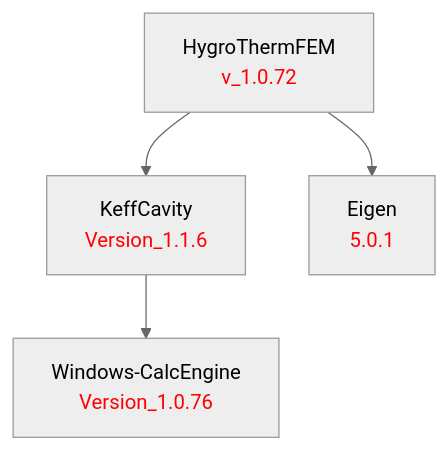
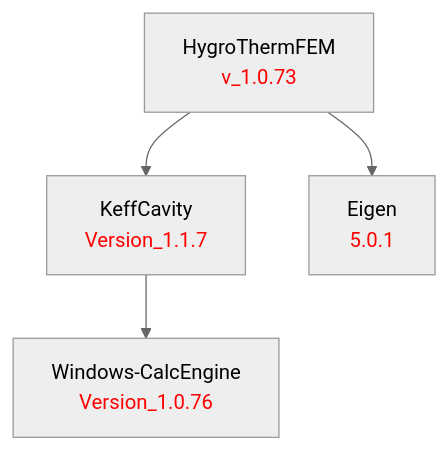
One commit to LBNL-ETA/HygroThermFEM changed the diagram in doc/HygroThermFEM.md. Above: the diagram before and after it, drawn with Mermaid (neutral theme). The commit also changed 1 other file, not shown here.

Commit message:
Bump to v_1.0.73; KeffCavity Version_1.1.7; refresh dep chart

````diff
--- a/doc/HygroThermFEM.md
+++ b/doc/HygroThermFEM.md
@@ -1,13 +1,13 @@
 ```mermaid
 graph TD
     %% Package definitions
-    HygroThermFEM[HygroThermFEM<br/><font color='red'>v_1.0.72</font>]
-    KeffCavity[KeffCavity<br/><font color='red'>Version_1.1.6</font>]
+    HygroThermFEM[HygroThermFEM<br/><font color='red'>v_1.0.73</font>]
+    KeffCavity[KeffCavity<br/><font color='red'>Version_1.1.7</font>]
     Eigen[Eigen<br/><font color='red'>5.0.1</font>]
     WindowsCalcEngine[Windows-CalcEngine<br/><font color='red'>Version_1.0.76</font>]
 
     %% Package relations
     HygroThermFEM --> KeffCavity
     HygroThermFEM --> Eigen
     KeffCavity --> WindowsCalcEngine
 ```
````
